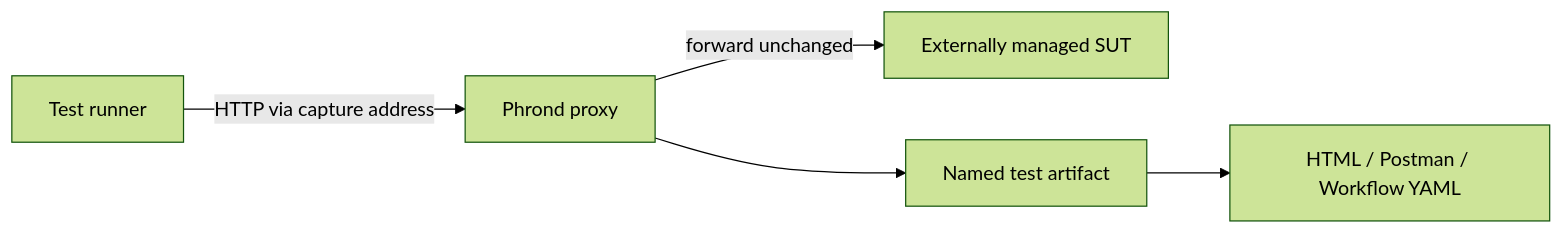
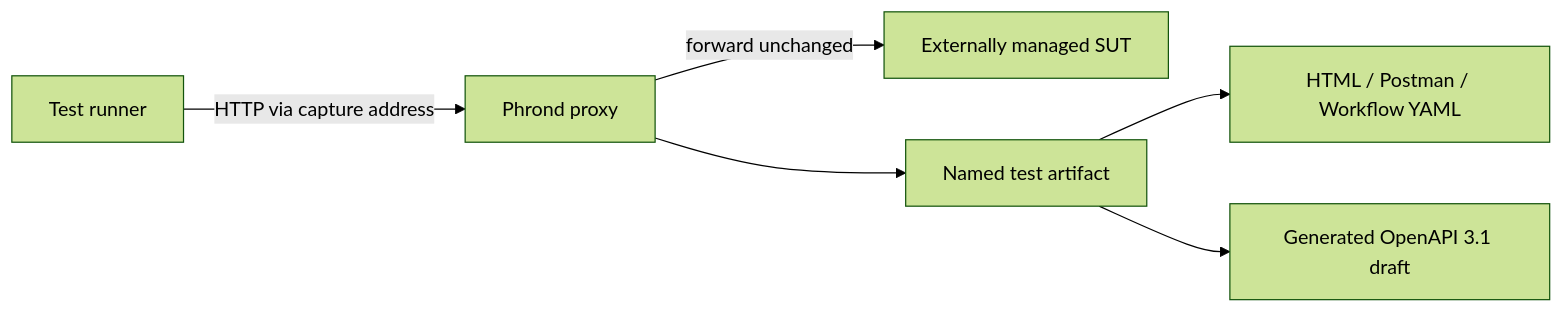
The diagram in docs/testing-tool-requirements-and-design.md (mattlock83/wiretap), drawn with Mermaid (forest theme) before and after one commit. The commit also changed other lines of this file and 21 other files, not shown here.

Commit message:
feat: add strict schema generation workflow

````diff
--- a/docs/testing-tool-requirements-and-design.md
+++ b/docs/testing-tool-requirements-and-design.md
@@ -21,7 +21,8 @@
 ```mermaid
 flowchart LR
   Test["Test runner"] -->|HTTP via capture address| Proxy["Phrond proxy"]
   Proxy -->|forward unchanged| SUT["Externally managed SUT"]
   Proxy --> Store["Named test artifact"]
   Store --> Reports["HTML / Postman / Workflow YAML"]
+  Store --> Generated["Generated OpenAPI 3.1 draft"]
 ```
````
